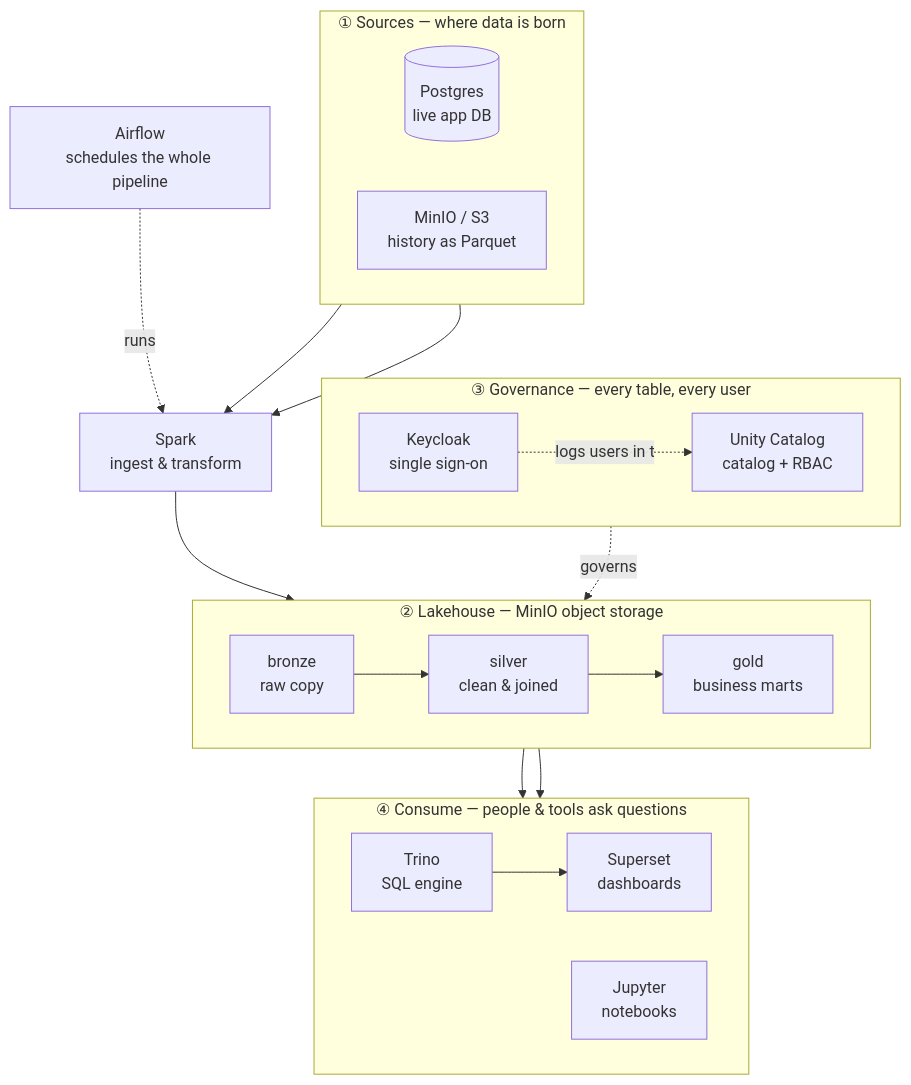
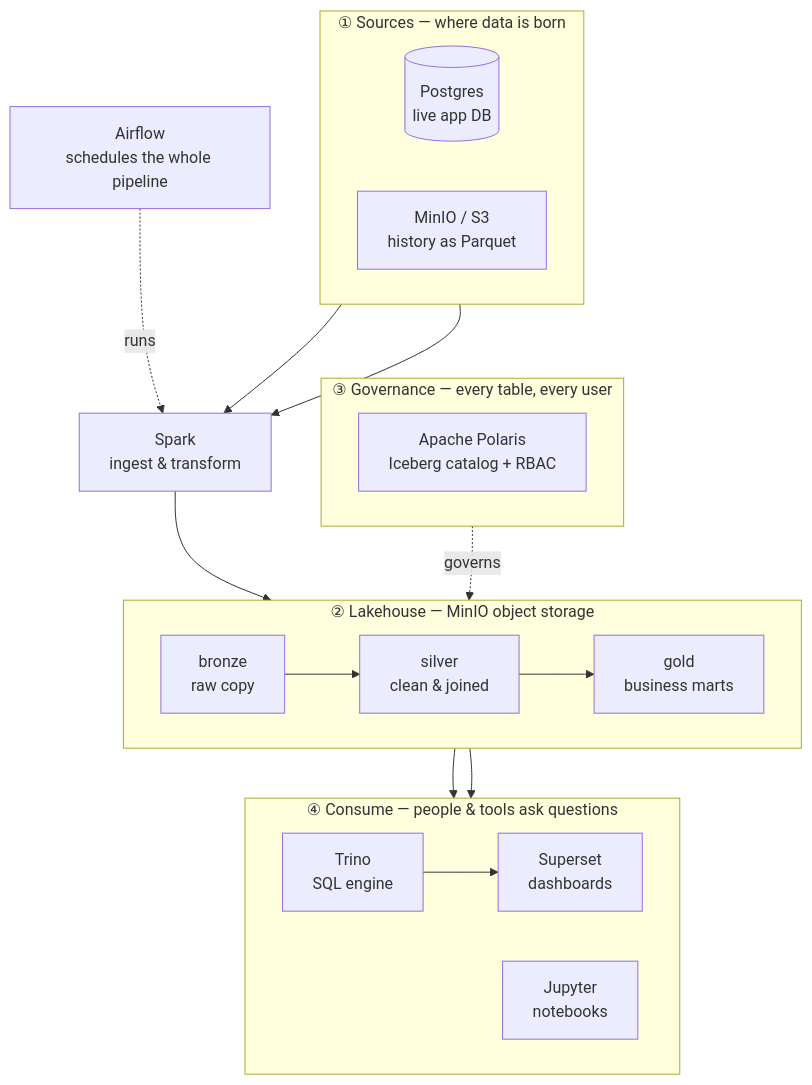
The diagram in training/docs/unit0/architecture.md (maarthala/databrick-local-simulator), drawn with Mermaid before and after one commit. The commit also changed other lines of this file and 10 other files, not shown here.

````diff
--- a/training/docs/unit0/architecture.md
+++ b/training/docs/unit0/architecture.md
@@ -15,40 +15,38 @@
 ```mermaid
 flowchart TB
   subgraph SRC["① Sources — where data is born"]
     direction LR
     PG[(Postgres<br/>live app DB)]
     HIST[MinIO / S3<br/>history as Parquet]
   end
 
   ING[Spark<br/>ingest & transform]
 
   subgraph LAKE["② Lakehouse — MinIO object storage"]
     direction LR
     BR[bronze<br/>raw copy] --> SI[silver<br/>clean & joined] --> GO[gold<br/>business marts]
   end
 
   subgraph GOV["③ Governance — every table, every user"]
     direction LR
-    UC[Unity Catalog<br/>catalog + RBAC]
-    KC[Keycloak<br/>single sign-on]
+    UC[Apache Polaris<br/>Iceberg catalog + RBAC]
   end
 
   subgraph USE["④ Consume — people & tools ask questions"]
     direction LR
     TR[Trino<br/>SQL engine]
     SUP[Superset<br/>dashboards]
     JUP[Jupyter<br/>notebooks]
   end
 
   AF[Airflow<br/>schedules the whole pipeline]
 
   PG --> ING
   HIST --> ING
   ING --> BR
   AF -.runs.-> ING
-  KC -.logs users in to.-> UC
   UC -.governs.-> LAKE
   GO --> TR
   TR --> SUP
   GO --> JUP
 ```
````
